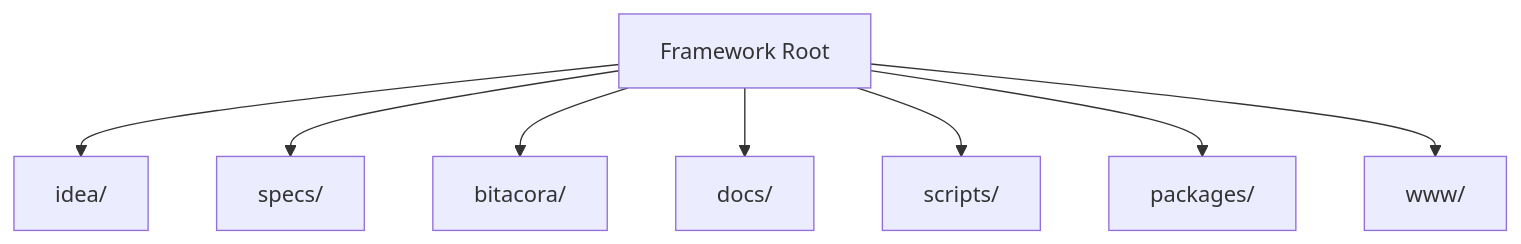
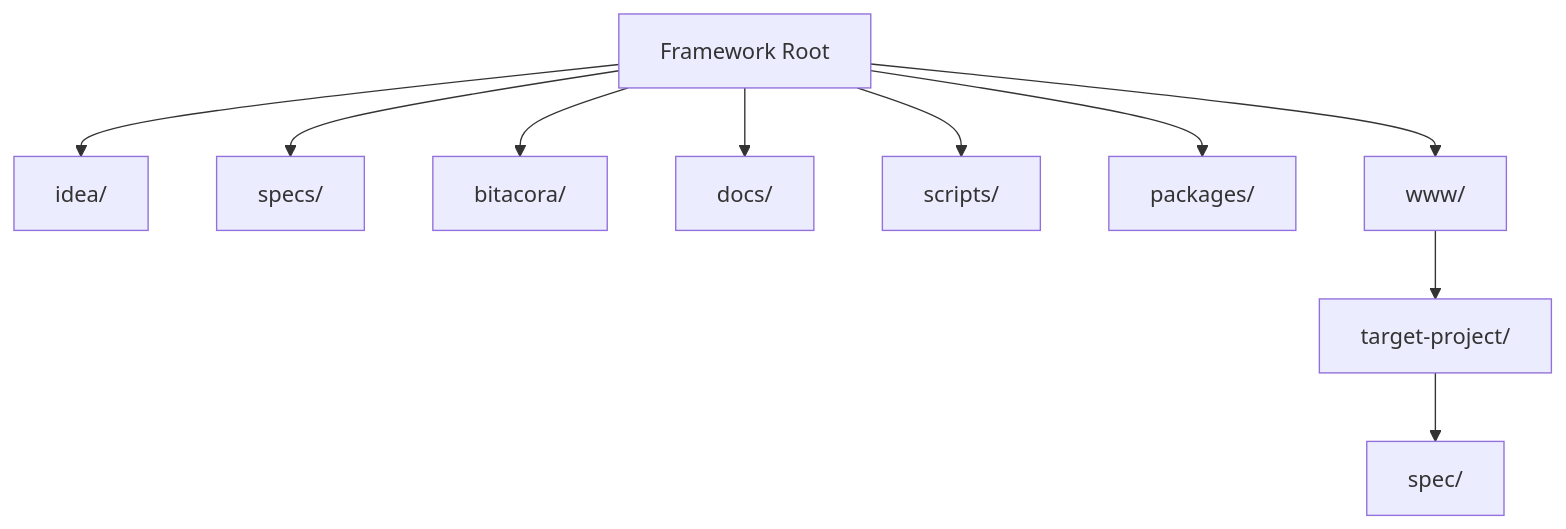
One commit to juanklagos/spec-driven-development-template changed the third of 3 diagrams in README.md. Above: the diagram before and after it, drawn with Mermaid. The commit also changed other lines of this file and 10 other files, not shown here.

````diff
--- a/README.md
+++ b/README.md
@@ -151,10 +157,12 @@
 ```mermaid
 flowchart TD
   A["Framework Root"] --> B["idea/"]
   A --> C["specs/"]
   A --> D["bitacora/"]
   A --> E["docs/"]
   A --> F["scripts/"]
   A --> G["packages/"]
   A --> H["www/"]
+  H --> I["target-project/"]
+  I --> J["spec/"]
 ```
````
